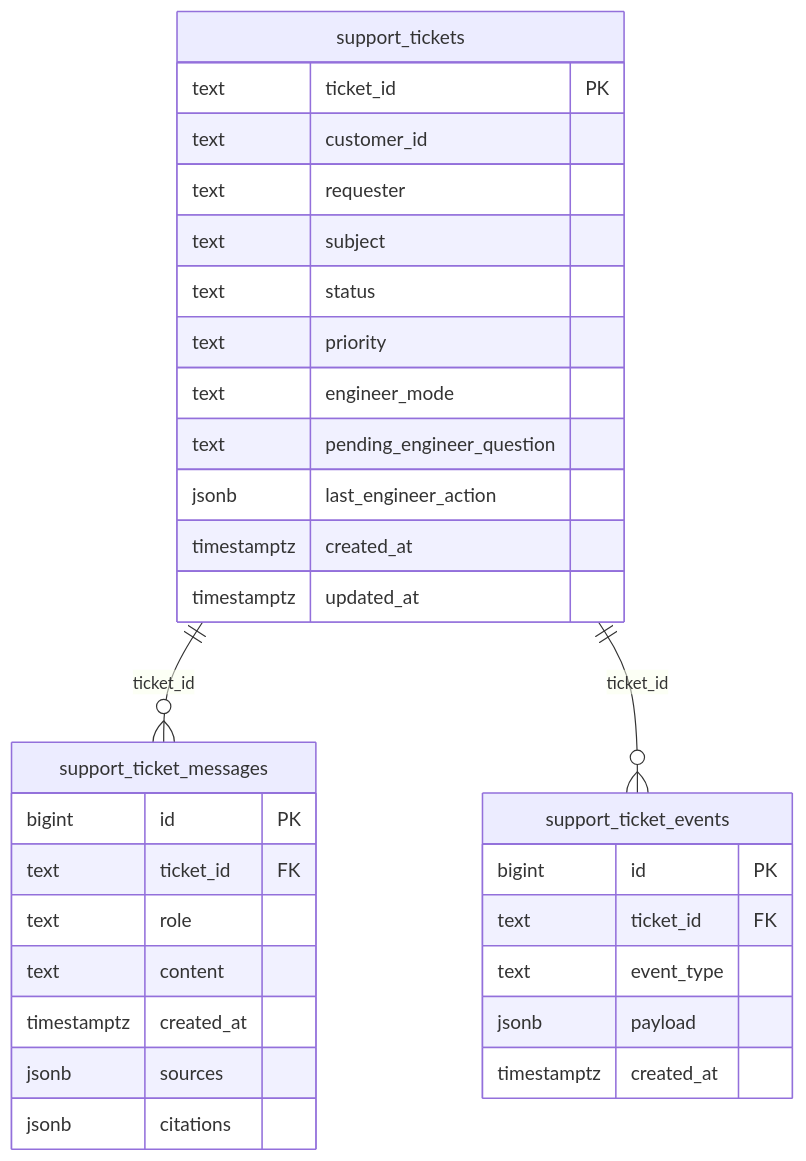
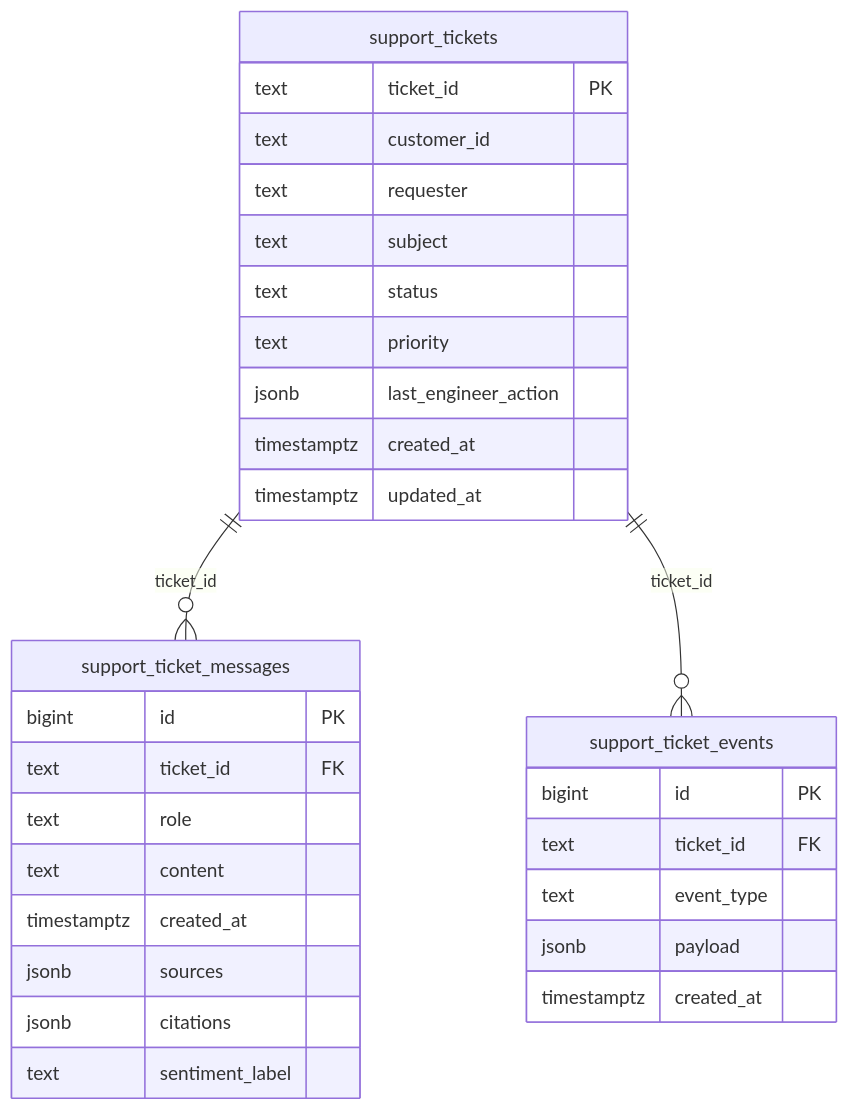
One commit to ZilingXie/SupportPortal changed the diagram in docs/ticket_db_architecture.md. Above: the diagram before and after it, drawn with Mermaid. The commit also changed 31 other files, not shown here.

Commit message:
Refactor ticket flow to a single AI-managed state machine

````diff
--- a/docs/ticket_db_architecture.md
+++ b/docs/ticket_db_architecture.md
@@ -3,37 +3,36 @@
 ```mermaid
 erDiagram
     support_tickets ||--o{ support_ticket_messages : "ticket_id"
     support_tickets ||--o{ support_ticket_events : "ticket_id"
 
     support_tickets {
         text ticket_id PK
         text customer_id
         text requester
         text subject
         text status
         text priority
-        text engineer_mode
-        text pending_engineer_question
         jsonb last_engineer_action
         timestamptz created_at
         timestamptz updated_at
     }
 
     support_ticket_messages {
         bigint id PK
         text ticket_id FK
         text role
         text content
         timestamptz created_at
         jsonb sources
         jsonb citations
+        text sentiment_label
     }
 
     support_ticket_events {
         bigint id PK
         text ticket_id FK
         text event_type
         jsonb payload
         timestamptz created_at
     }
 ```
````
